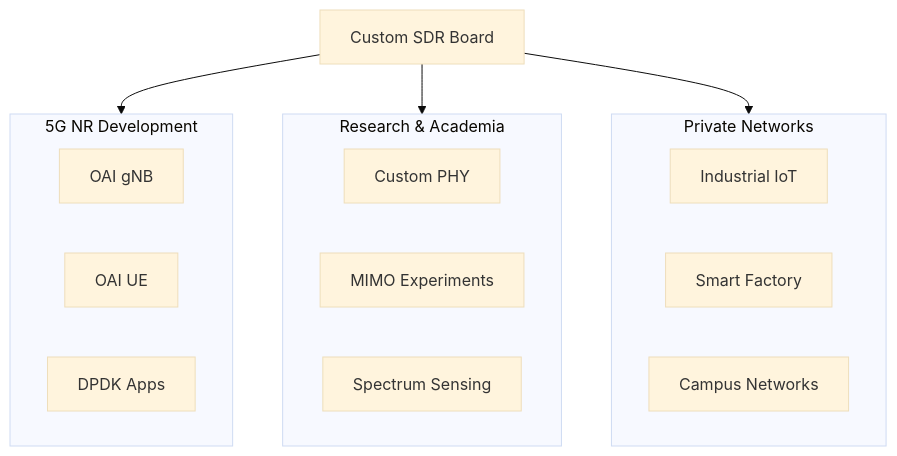
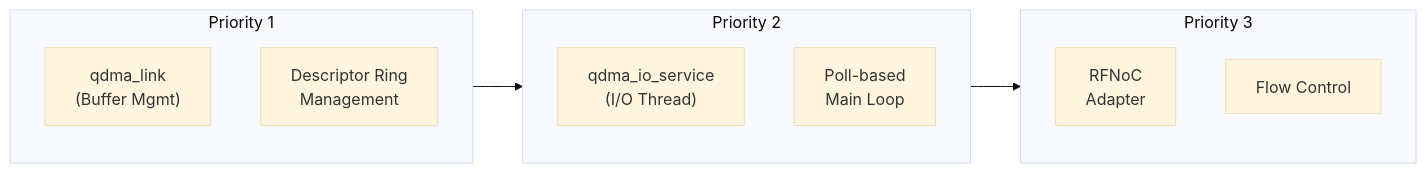
Before and after one commit to EttusResearch/uhd: diagram 17 of 19 in docs/sdr_board_project_plan.md, drawn with Mermaid (base theme). The commit also changed other lines of this file, not shown here.

First line of the commit message:
docs: Update SDR board plan with QDMA, ZU19EG, and revised schedule

````diff
--- a/docs/sdr_board_project_plan.md
+++ b/docs/sdr_board_project_plan.md
@@ -651,26 +806,19 @@
 ```mermaid
-flowchart TB
-    SDR["Custom SDR Board"]
-
-    subgraph 5G["5G NR Development"]
-        OAI_GNB["OAI gNB"]
-        OAI_UE["OAI UE"]
-        DPDK_APP["DPDK Apps"]
+flowchart LR
+    subgraph P1["Priority 1"]
+        QDMA_LINK["qdma_link<br/>(Buffer Mgmt)"]
+        DESC_RING["Descriptor Ring<br/>Management"]
     end
 
-    subgraph RESEARCH["Research & Academia"]
-        PHY["Custom PHY"]
-        MIMO["MIMO Experiments"]
-        SPECTRUM["Spectrum Sensing"]
+    subgraph P2["Priority 2"]
+        IO_SVC["qdma_io_service<br/>(I/O Thread)"]
+        POLL_LOOP["Poll-based<br/>Main Loop"]
     end
 
-    subgraph PRIVATE["Private Networks"]
-        IOT["Industrial IoT"]
-        FACTORY["Smart Factory"]
-        CAMPUS["Campus Networks"]
+    subgraph P3["Priority 3"]
+        RFNOC_ADAPT["RFNoC<br/>Adapter"]
+        FLOW_CTRL["Flow Control"]
     end
 
-    SDR --> 5G
-    SDR --> RESEARCH
-    SDR --> PRIVATE
+    P1 --> P2 --> P3
 ```
````
